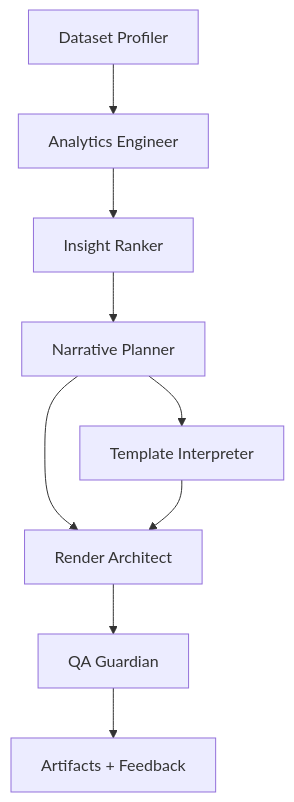
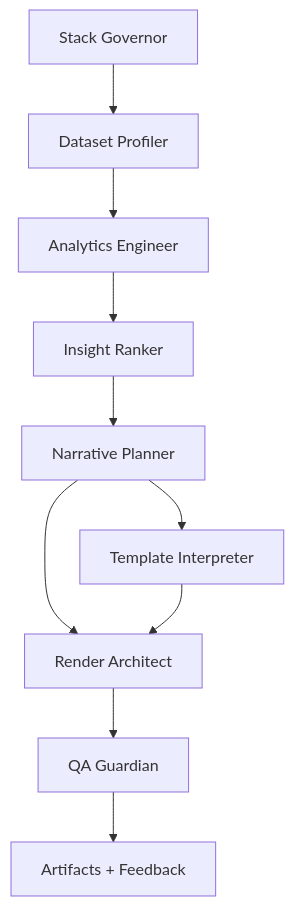
The diagram in agents/graph.mmd (marcodicesare-dev/basquio), drawn with Mermaid before and after one commit. The commit also changed 9 other files, not shown here.

````diff
--- a/agents/graph.mmd
+++ b/agents/graph.mmd
@@ -1,11 +1,12 @@
 ```mermaid
 flowchart TD
-  A["Dataset Profiler"] --> B["Analytics Engineer"]
+  S["Stack Governor"] --> A["Dataset Profiler"]
+  A --> B["Analytics Engineer"]
   B --> C["Insight Ranker"]
   C --> D["Narrative Planner"]
   D --> E["Template Interpreter"]
   D --> F["Render Architect"]
   E --> F
   F --> G["QA Guardian"]
   G --> H["Artifacts + Feedback"]
 ```
````
